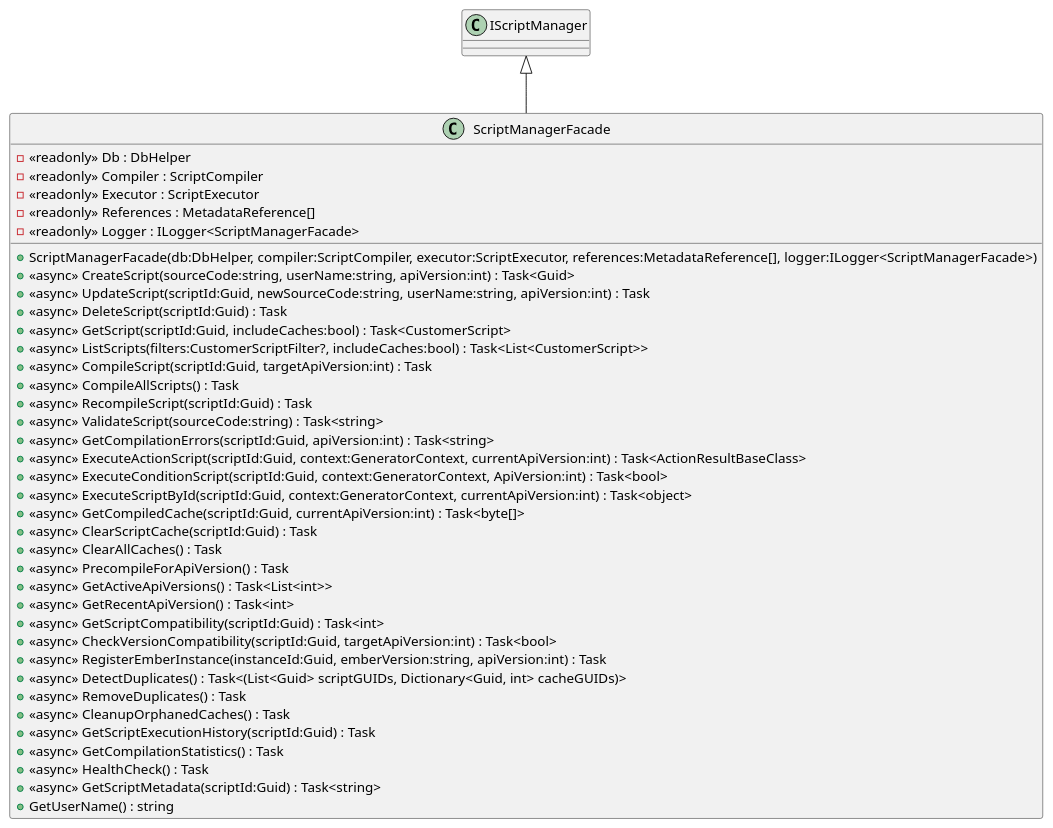
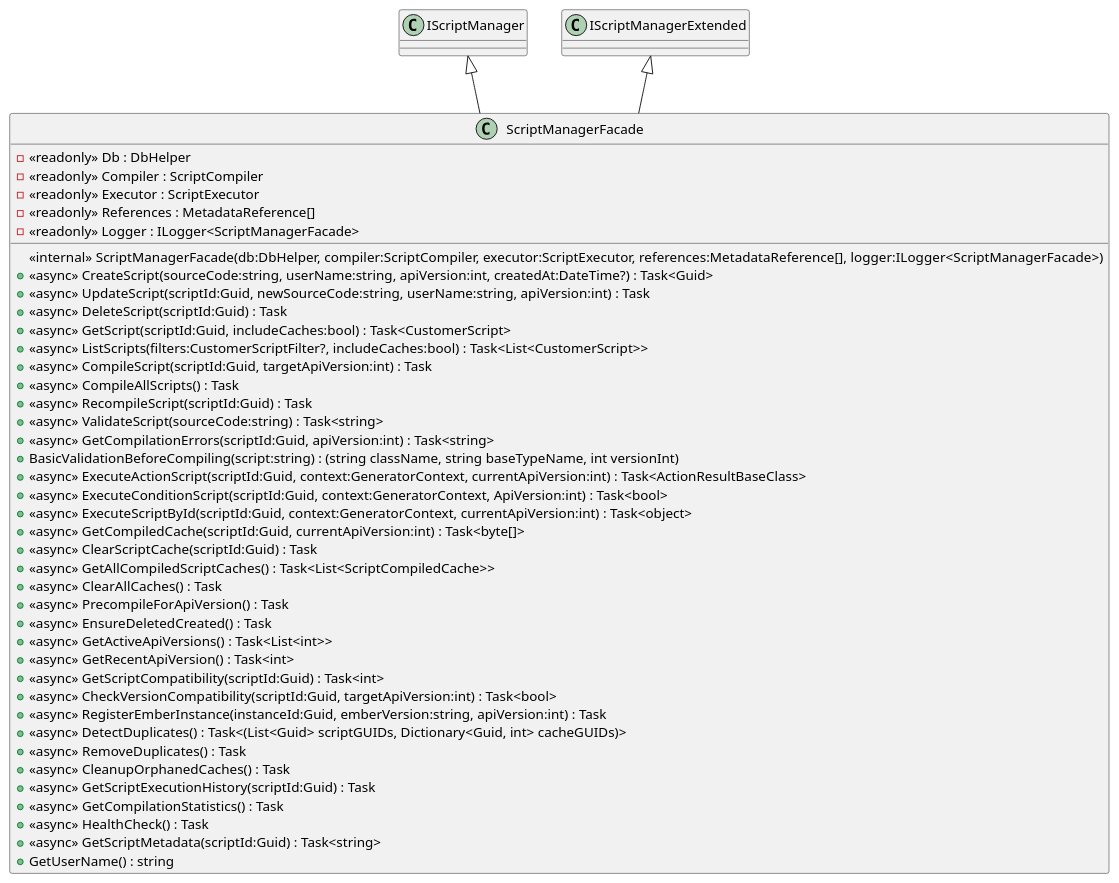
Before and after one commit to conrad-gilles/Scripting-Proof-of-Concept: the diagram in diagrams/scripting/src/ScriptManager.cs/ScriptManager.puml, drawn with PlantUML. The commit also changed 15 other files, not shown here.

```diff
--- a/diagrams/scripting/src/ScriptManager.cs/ScriptManager.puml
+++ b/diagrams/scripting/src/ScriptManager.cs/ScriptManager.puml
@@ -1,41 +1,45 @@
 @startuml
 class ScriptManagerFacade {
     - <<readonly>> Db : DbHelper
     - <<readonly>> Compiler : ScriptCompiler
     - <<readonly>> Executor : ScriptExecutor
     - <<readonly>> References : MetadataReference[]
     - <<readonly>> Logger : ILogger<ScriptManagerFacade>
-    + ScriptManagerFacade(db:DbHelper, compiler:ScriptCompiler, executor:ScriptExecutor, references:MetadataReference[], logger:ILogger<ScriptManagerFacade>)
-    + <<async>> CreateScript(sourceCode:string, userName:string, apiVersion:int) : Task<Guid>
+    <<internal>> ScriptManagerFacade(db:DbHelper, compiler:ScriptCompiler, executor:ScriptExecutor, references:MetadataReference[], logger:ILogger<ScriptManagerFacade>)
+    + <<async>> CreateScript(sourceCode:string, userName:string, apiVersion:int, createdAt:DateTime?) : Task<Guid>
     + <<async>> UpdateScript(scriptId:Guid, newSourceCode:string, userName:string, apiVersion:int) : Task
     + <<async>> DeleteScript(scriptId:Guid) : Task
     + <<async>> GetScript(scriptId:Guid, includeCaches:bool) : Task<CustomerScript>
     + <<async>> ListScripts(filters:CustomerScriptFilter?, includeCaches:bool) : Task<List<CustomerScript>>
     + <<async>> CompileScript(scriptId:Guid, targetApiVersion:int) : Task
     + <<async>> CompileAllScripts() : Task
     + <<async>> RecompileScript(scriptId:Guid) : Task
     + <<async>> ValidateScript(sourceCode:string) : Task<string>
     + <<async>> GetCompilationErrors(scriptId:Guid, apiVersion:int) : Task<string>
+    + BasicValidationBeforeCompiling(script:string) : (string className, string baseTypeName, int versionInt)
     + <<async>> ExecuteActionScript(scriptId:Guid, context:GeneratorContext, currentApiVersion:int) : Task<ActionResultBaseClass>
     + <<async>> ExecuteConditionScript(scriptId:Guid, context:GeneratorContext, ApiVersion:int) : Task<bool>
     + <<async>> ExecuteScriptById(scriptId:Guid, context:GeneratorContext, currentApiVersion:int) : Task<object>
     + <<async>> GetCompiledCache(scriptId:Guid, currentApiVersion:int) : Task<byte[]>
     + <<async>> ClearScriptCache(scriptId:Guid) : Task
+    + <<async>> GetAllCompiledScriptCaches() : Task<List<ScriptCompiledCache>>
     + <<async>> ClearAllCaches() : Task
     + <<async>> PrecompileForApiVersion() : Task
+    + <<async>> EnsureDeletedCreated() : Task
     + <<async>> GetActiveApiVersions() : Task<List<int>>
     + <<async>> GetRecentApiVersion() : Task<int>
     + <<async>> GetScriptCompatibility(scriptId:Guid) : Task<int>
     + <<async>> CheckVersionCompatibility(scriptId:Guid, targetApiVersion:int) : Task<bool>
     + <<async>> RegisterEmberInstance(instanceId:Guid, emberVersion:string, apiVersion:int) : Task
     + <<async>> DetectDuplicates() : Task<(List<Guid> scriptGUIDs, Dictionary<Guid, int> cacheGUIDs)>
     + <<async>> RemoveDuplicates() : Task
     + <<async>> CleanupOrphanedCaches() : Task
     + <<async>> GetScriptExecutionHistory(scriptId:Guid) : Task
     + <<async>> GetCompilationStatistics() : Task
     + <<async>> HealthCheck() : Task
     + <<async>> GetScriptMetadata(scriptId:Guid) : Task<string>
     + GetUserName() : string
 }
 IScriptManager <|-- ScriptManagerFacade
+IScriptManagerExtended <|-- ScriptManagerFacade
 @enduml
```
